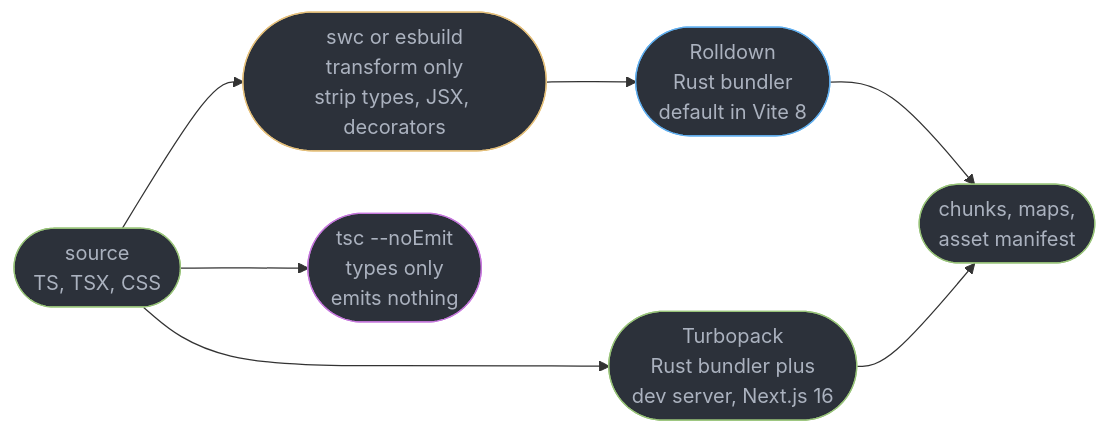
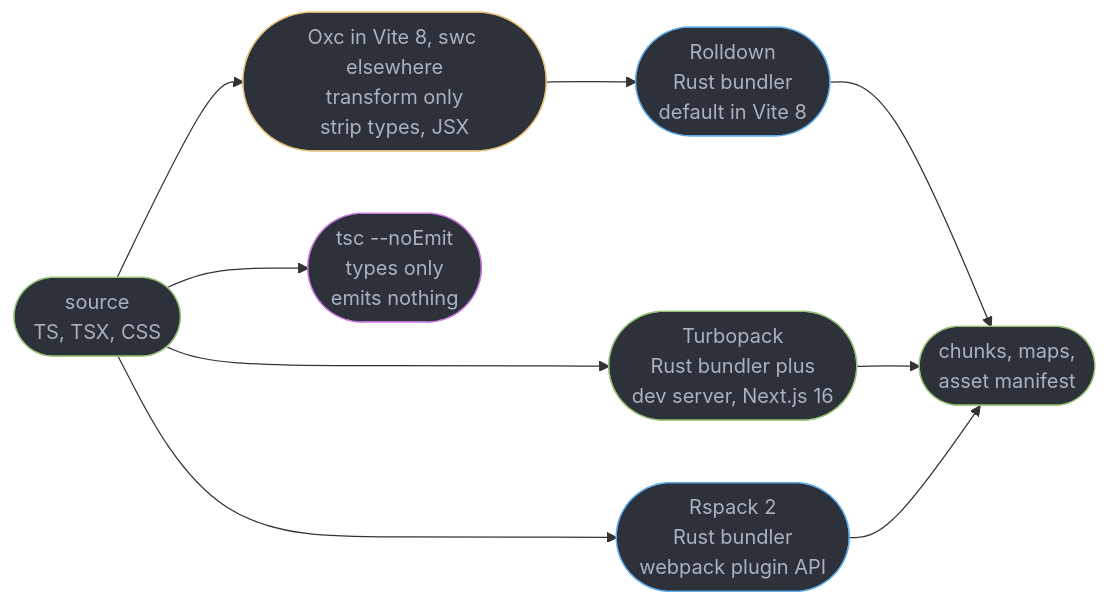
The first of 6 diagrams in src/main/java/com/rutik/systemdesign/frontend_platform/modules_bundling_and_the_build_pipeline/modules_bundling_and_the_build_pipeline.md (rppol/system-design), drawn with Mermaid before and after one commit. The commit also changed other lines of this file and 655 other files, not shown here.

````diff
--- a/src/main/java/com/rutik/systemdesign/frontend_platform/modules_bundling_and_the_build_pipeline/modules_bundling_and_the_build_pipeline.md
+++ b/src/main/java/com/rutik/systemdesign/frontend_platform/modules_bundling_and_the_build_pipeline/modules_bundling_and_the_build_pipeline.md
@@ -102,21 +102,23 @@
 ```mermaid
 flowchart LR
     classDef xform fill:#2c313a,stroke:#e5c07b,color:#abb2bf
     classDef bund fill:#2c313a,stroke:#61afef,color:#abb2bf
     classDef dev fill:#2c313a,stroke:#98c379,color:#abb2bf
     classDef chk fill:#2c313a,stroke:#c678dd,color:#abb2bf
     SRC(["source<br/>TS, TSX, CSS"])
-    SWC(["swc or esbuild<br/>transform only<br/>strip types, JSX, decorators"])
+    SWC(["Oxc in Vite 8, swc elsewhere<br/>transform only<br/>strip types, JSX"])
     ROL(["Rolldown<br/>Rust bundler<br/>default in Vite 8"])
     TPK(["Turbopack<br/>Rust bundler plus<br/>dev server, Next.js 16"])
+    RSP(["Rspack 2<br/>Rust bundler<br/>webpack plugin API"])
     TSC(["tsc --noEmit<br/>types only<br/>emits nothing"])
     OUT(["chunks, maps,<br/>asset manifest"])
     SRC --> SWC --> ROL --> OUT
     SRC --> TPK --> OUT
+    SRC --> RSP --> OUT
     SRC --> TSC
     class SWC xform
-    class ROL bund
+    class ROL,RSP bund
     class TPK dev
     class TSC chk
     class SRC,OUT dev
 ```
````
